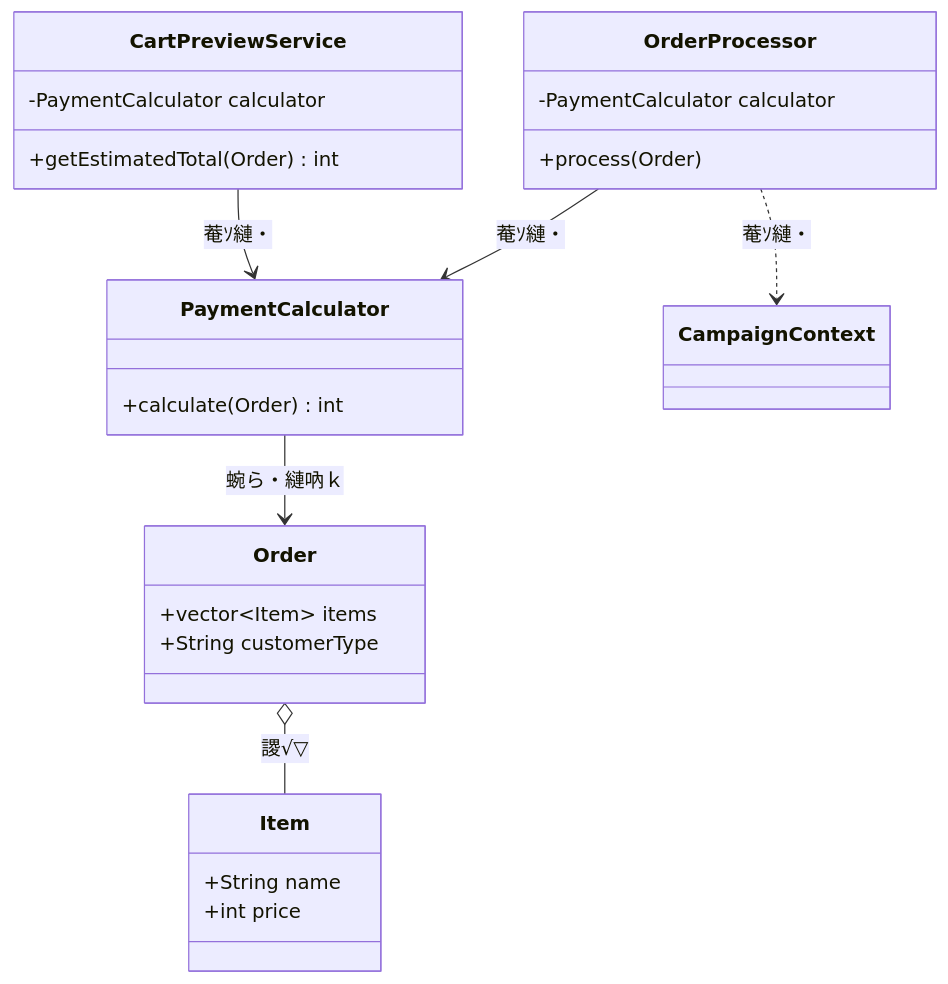
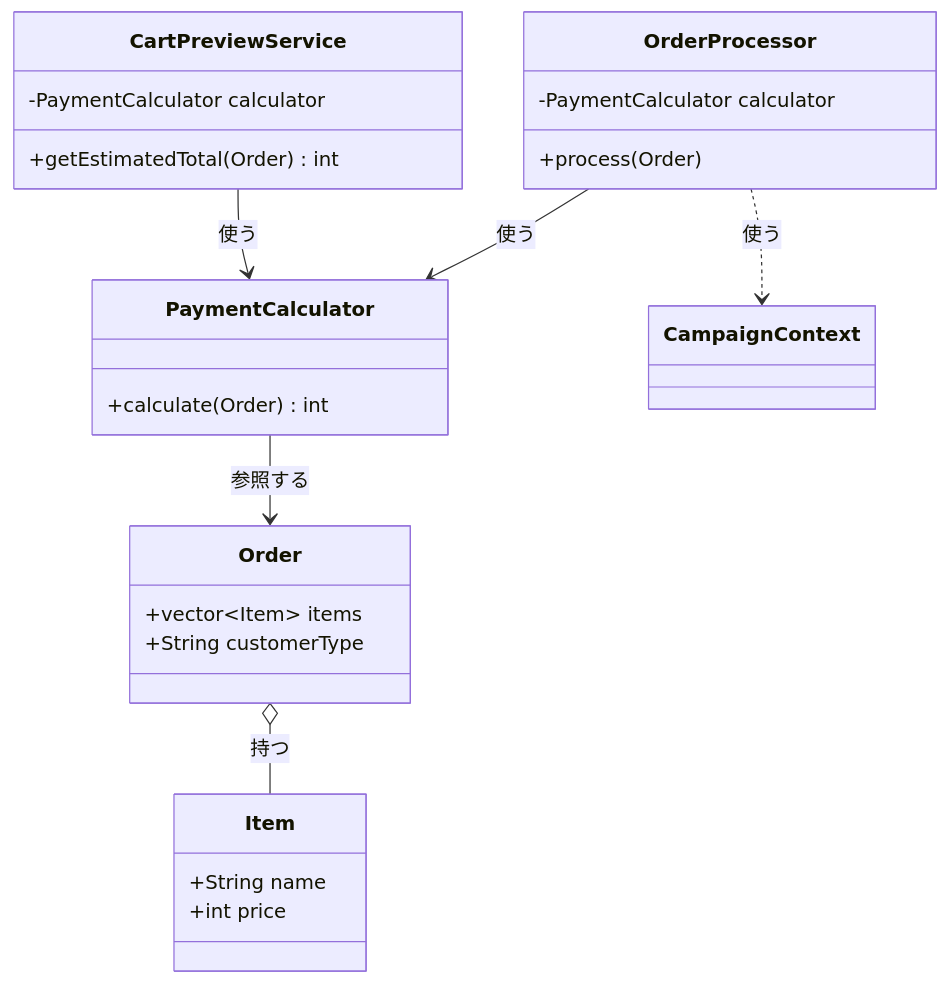
The first of 5 diagrams in kindle/design-patterns/output/chapter01.md (kumachan1101-pixel/DesignPattern), drawn with Mermaid before and after one commit. The commit also changed other lines of this file and 5 other files, not shown here.

````diff
--- a/kindle/design-patterns/output/chapter01.md
+++ b/kindle/design-patterns/output/chapter01.md
@@ -79,29 +79,29 @@
 ```mermaid
 classDiagram
     class OrderProcessor {
         -PaymentCalculator calculator
         +process(Order)
     }
     class PaymentCalculator {
         +calculate(Order) int
     }
     class CartPreviewService {
         -PaymentCalculator calculator
         +getEstimatedTotal(Order) int
     }
     class Order {
         +vector~Item~ items
         +String customerType
         
     }
     class Item {
         +String name
         +int price
     }
 
-    OrderProcessor --> PaymentCalculator : 菴ｿ縺・
-    CartPreviewService --> PaymentCalculator : 菴ｿ縺・
-    PaymentCalculator --> Order : 蜿ら・縺吶ｋ
-    Order o-- Item : 謖√▽
-    OrderProcessor ..> CampaignContext : 菴ｿ縺・
+    OrderProcessor --> PaymentCalculator : 使う
+    CartPreviewService --> PaymentCalculator : 使う
+    PaymentCalculator --> Order : 参照する
+    Order o-- Item : 持つ
+    OrderProcessor ..> CampaignContext : 使う
 ```
````
